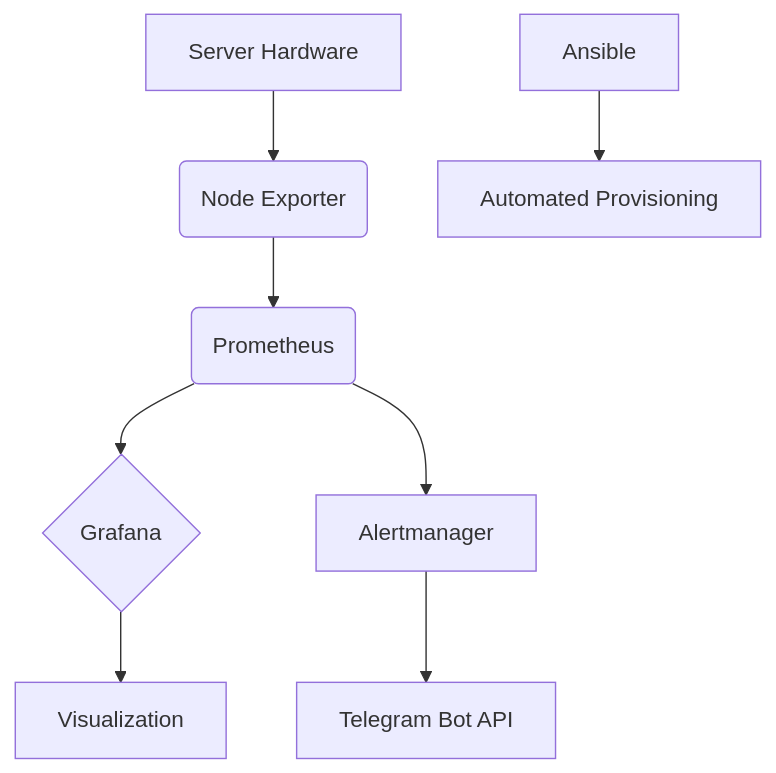
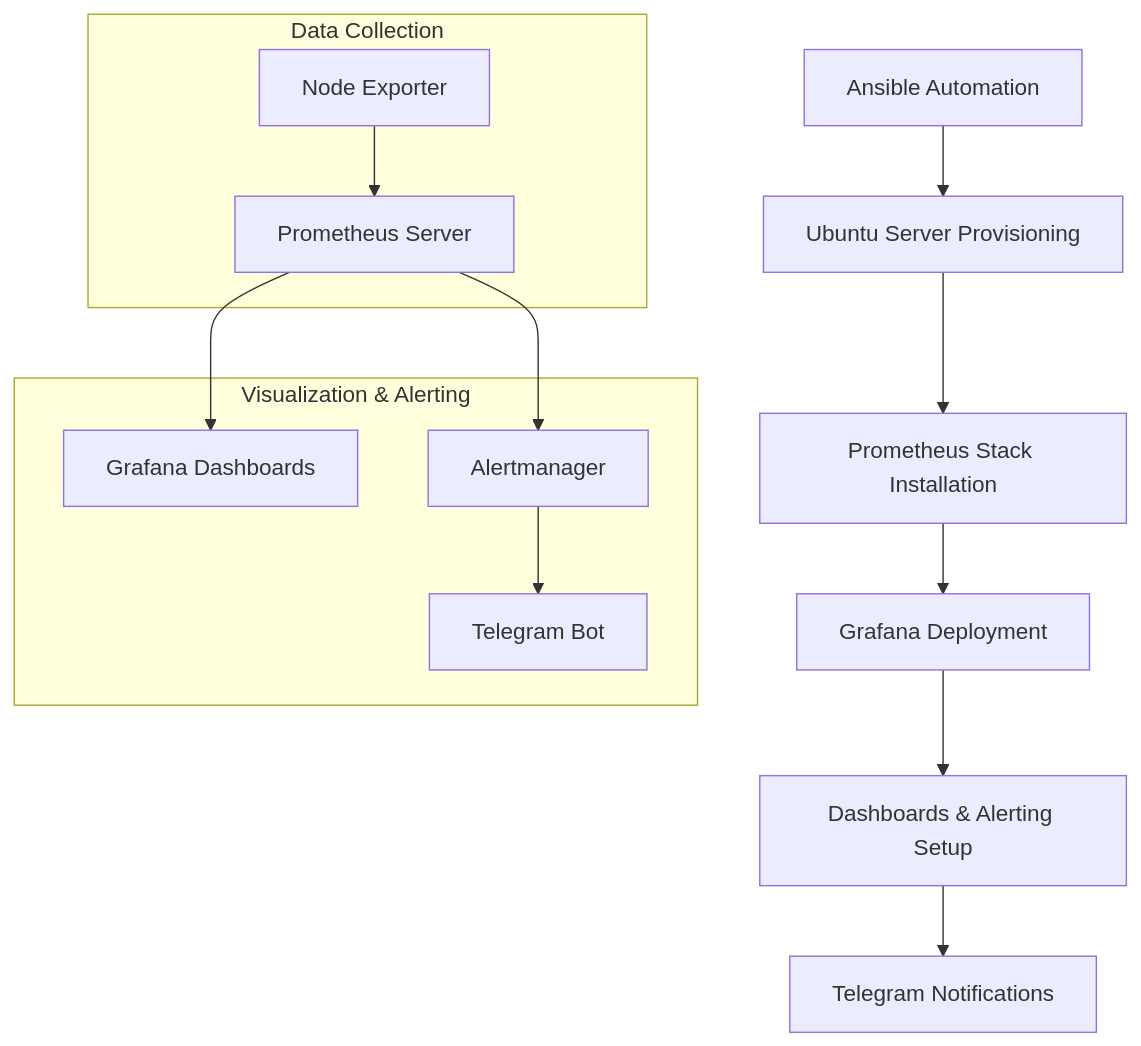
One commit to ksinuss/home-server-monitoring changed the diagram in README.md. Above: the diagram before and after it, drawn with Mermaid. The commit also changed other lines of this file, not shown here.

Commit message:
update graph of architecture

````diff
--- a/README.md
+++ b/README.md
@@ -46,10 +46,24 @@
 ```mermaid
 graph TD
-    A[Server Hardware] --> B(Node Exporter)
-    B --> C(Prometheus)
-    C --> D{Grafana}
-    D --> E[Visualization]
-    C --> F[Alertmanager]
-    F --> G[Telegram Bot API]
-    I[Ansible] --> J[Automated Provisioning]
+    A[Ansible Automation] --> B[Ubuntu Server Provisioning]
+    B --> C[Prometheus Stack Installation]
+    C --> D[Grafana Deployment]
+    D --> E[Dashboards & Alerting Setup]
+    E --> F[Telegram Notifications]
+    
+    subgraph "Data Collection"
+        G[Node Exporter]
+        H[Prometheus Server]
+    end
+    
+    subgraph "Visualization & Alerting"
+        I[Grafana Dashboards]
+        J[Alertmanager]
+        K[Telegram Bot]
+    end
+    
+    G --> H
+    H --> I
+    H --> J
+    J --> K
 ```
````
